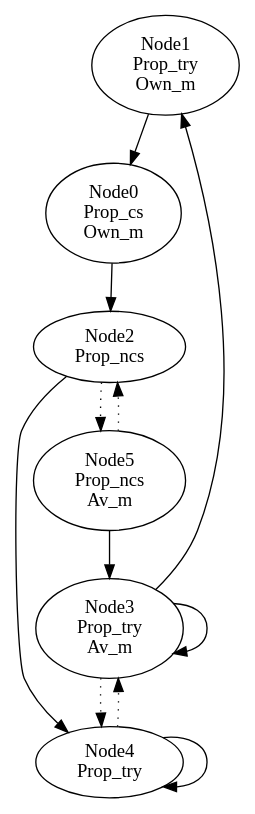
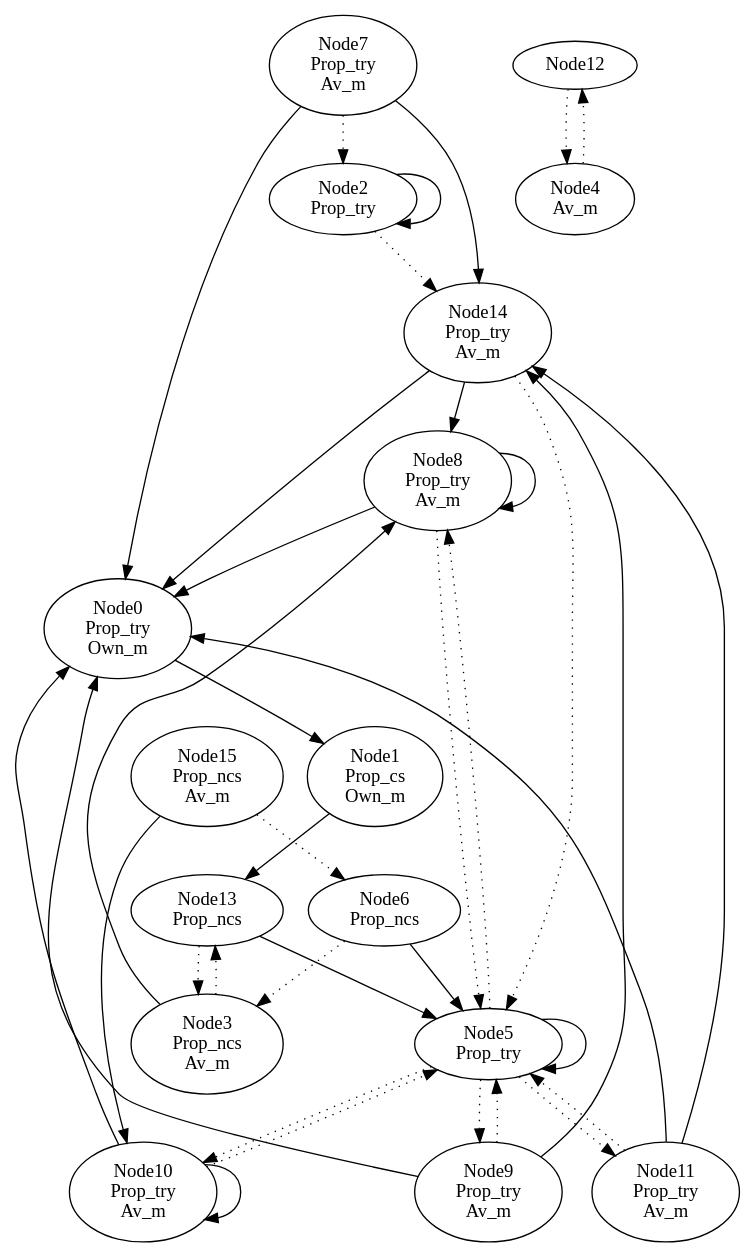
The diagram in output/p1final.dot (cl-unrc-lab/PhilStone), drawn with Graphviz before and after one commit. The commit also changed 50 other files, not shown here.

```diff
--- a/output/p1final.dot
+++ b/output/p1final.dot
@@ -1,19 +1,55 @@
 digraph G{
-Node1->Node0;
-Node1 [label = "Node1\nProp_try\nOwn_m"];
-Node0->Node2;
-Node0 [label = "Node0\nProp_cs\nOwn_m"];
-Node5->Node3;
-Node5->Node2[style=dotted];
-Node5 [label = "Node5\nProp_ncs\nAv_m"];
-Node4->Node4;
-Node4->Node3[style=dotted];
-Node4 [label = "Node4\nProp_try"];
-Node3->Node3;
-Node3->Node1;
-Node3->Node4[style=dotted];
-Node3 [label = "Node3\nProp_try\nAv_m"];
-Node2->Node4;
-Node2->Node5[style=dotted];
-Node2 [label = "Node2\nProp_ncs"];
+Node14->Node8;
+Node14->Node0;
+Node14->Node5[style=dotted];
+Node14 [label = "Node14\nProp_try\nAv_m"];
+Node13->Node5;
+Node13->Node3[style=dotted];
+Node13 [label = "Node13\nProp_ncs"];
+Node15->Node10;
+Node15->Node6[style=dotted];
+Node15 [label = "Node15\nProp_ncs\nAv_m"];
+Node10->Node10;
+Node10->Node0;
+Node10->Node5[style=dotted];
+Node10 [label = "Node10\nProp_try\nAv_m"];
+Node12->Node4[style=dotted];
+Node12 [label = "Node12"];
+Node11->Node14;
+Node11->Node0;
+Node11->Node5[style=dotted];
+Node11 [label = "Node11\nProp_try\nAv_m"];
+Node9->Node14;
+Node9->Node0;
+Node9->Node5[style=dotted];
+Node9 [label = "Node9\nProp_try\nAv_m"];
+Node8->Node8;
+Node8->Node0;
+Node8->Node5[style=dotted];
+Node8 [label = "Node8\nProp_try\nAv_m"];
+Node7->Node14;
+Node7->Node0;
+Node7->Node2[style=dotted];
+Node7 [label = "Node7\nProp_try\nAv_m"];
+Node6->Node5;
+Node6->Node3[style=dotted];
+Node6 [label = "Node6\nProp_ncs"];
+Node5->Node5;
+Node5->Node8[style=dotted];
+Node5->Node9[style=dotted];
+Node5->Node10[style=dotted];
+Node5->Node11[style=dotted];
+Node5 [label = "Node5\nProp_try"];
+Node4->Node12[style=dotted];
+Node4 [label = "Node4\nAv_m"];
+Node3->Node8;
+Node3->Node13[style=dotted];
+Node3 [label = "Node3\nProp_ncs\nAv_m"];
+Node2->Node2;
+Node2->Node14[style=dotted];
+Node2 [label = "Node2\nProp_try"];
+Node1->Node13;
+Node1 [label = "Node1\nProp_cs\nOwn_m"];
+Node0->Node1;
+Node0 [label = "Node0\nProp_try\nOwn_m"];
 }
```
